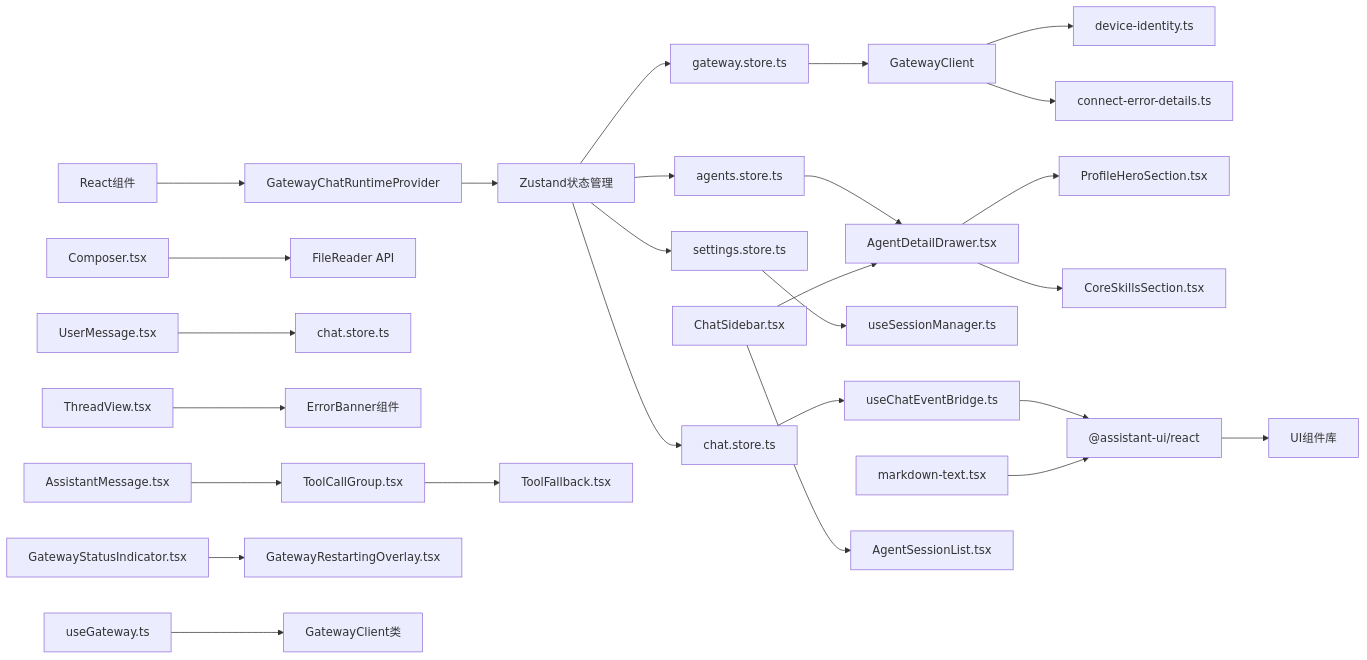
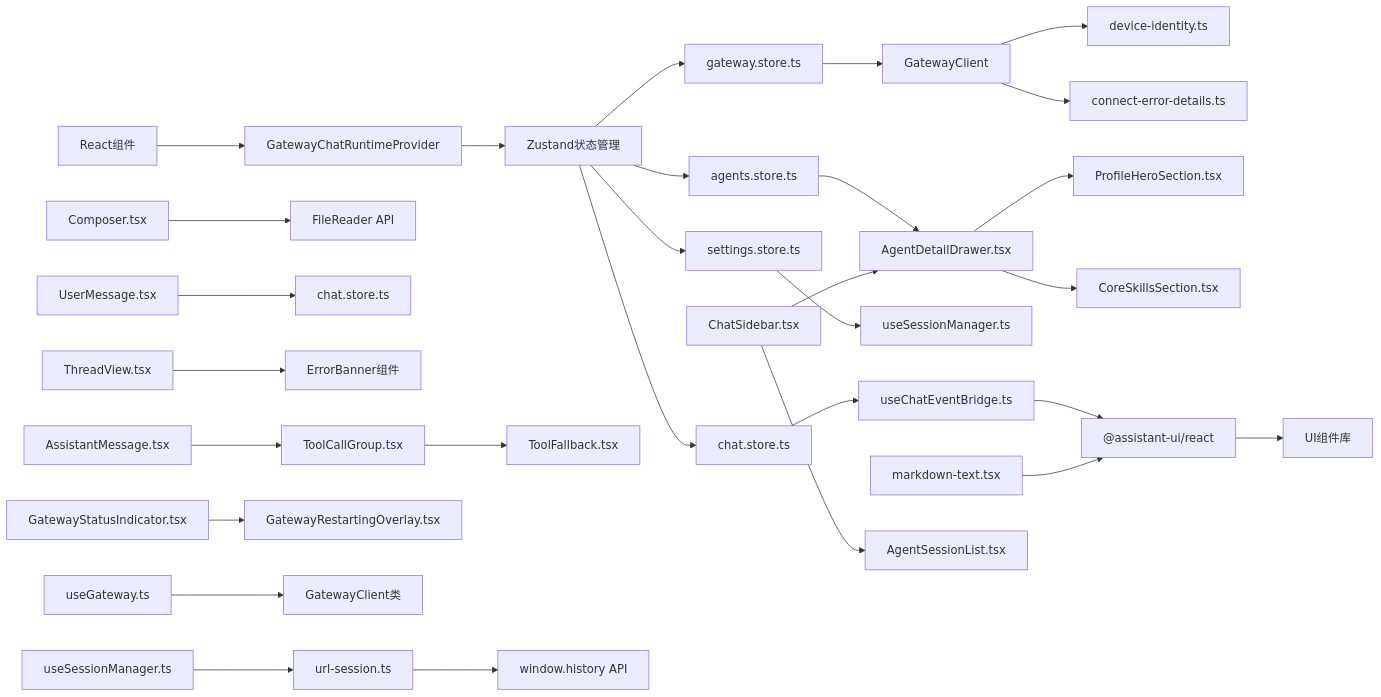
Diagram 22 of 22 in .qoder/repowiki/zh/content/Web界面/WebChat界面/WebChat界面.md (verse-ai-org/openclaw), drawn with Mermaid before and after one commit. The commit also changed other lines of this file and 95 other files, not shown here.

````diff
--- a/.qoder/repowiki/zh/content/Web界面/WebChat界面/WebChat界面.md
+++ b/.qoder/repowiki/zh/content/Web界面/WebChat界面/WebChat界面.md
@@ -920,29 +977,31 @@
 ```mermaid
 graph LR
 React_Components["React组件"] --> Runtime["GatewayChatRuntimeProvider"]
 Runtime --> Zustand["Zustand状态管理"]
 Zustand --> GatewayStore["gateway.store.ts"]
 Zustand --> ChatStore["chat.store.ts"]
 Zustand --> SettingsStore["settings.store.ts"]
 Zustand --> AgentsStore["agents.store.ts"]
 GatewayStore --> Client["GatewayClient"]
 Client --> DeviceIdentity["device-identity.ts"]
 Client --> ConnectErrors["connect-error-details.ts"]
 ChatStore --> Events["useChatEventBridge.ts"]
 SettingsStore --> SessionManager["useSessionManager.ts"]
 AgentsStore --> AgentDetailDrawer["AgentDetailDrawer.tsx"]
 AgentDetailDrawer --> ProfileHero["ProfileHeroSection.tsx"]
 AgentDetailDrawer --> CoreSkills["CoreSkillsSection.tsx"]
 Events --> AssistantUI["@assistant-ui/react"]
 AssistantUI --> Components["UI组件库"]
 MarkdownComponents["markdown-text.tsx"] --> AssistantUI
 ChatSidebar["ChatSidebar.tsx"] --> AgentDetailDrawer
 ChatSidebar --> AgentSessionList["AgentSessionList.tsx"]
 Composer["Composer.tsx"] --> FileReader["FileReader API"]
 UserMessage["UserMessage.tsx"] --> ZustandStore["chat.store.ts"]
 ThreadView["ThreadView.tsx"] --> ErrorBanner["ErrorBanner组件"]
 AssistantMessage["AssistantMessage.tsx"] --> ToolCallGroup["ToolCallGroup.tsx"]
 ToolCallGroup --> ToolFallback["ToolFallback.tsx"]
 GatewayStatusIndicator["GatewayStatusIndicator.tsx"] --> GatewayRestartingOverlay["GatewayRestartingOverlay.tsx"]
 useGateway["useGateway.ts"] --> GatewayClient["GatewayClient类"]
+useSessionManager["useSessionManager.ts"] --> URLSession["url-session.ts"]
+URLSession --> WindowAPI["window.history API"]
 ```
````
